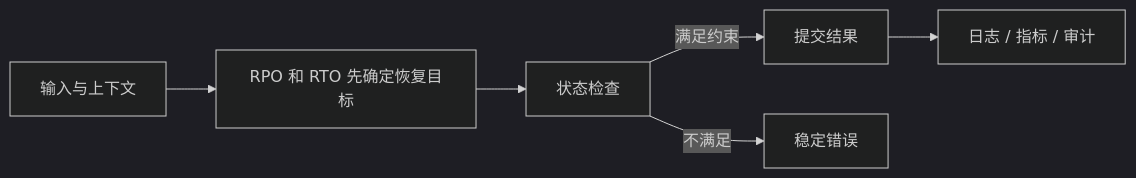
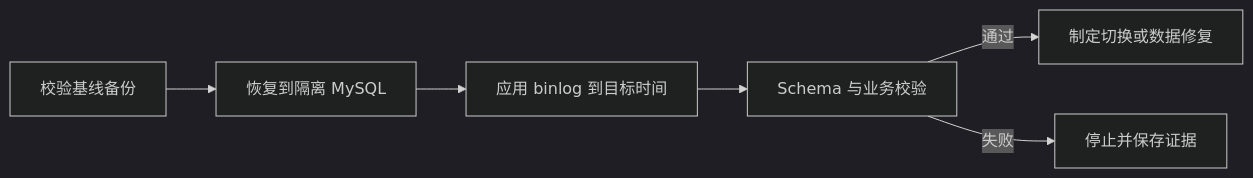
The diagram in docs/backend/mysql-backup-restore-operations.md (upJiang/jiang-blog-vitepress), drawn with Mermaid (dark theme) before and after one commit. The commit also changed other lines of this file and 341 other files, not shown here.

````diff
--- a/docs/backend/mysql-backup-restore-operations.md
+++ b/docs/backend/mysql-backup-restore-operations.md
@@ -34,8 +68,8 @@
 ```mermaid
 flowchart LR
-  A[输入与上下文] --> B[RPO 和 RTO 先确定恢复目标]
-  B --> C[状态检查]
-  C -->|满足约束| D[提交结果]
-  C -->|不满足| E[稳定错误]
-  D --> F[日志 / 指标 / 审计]
+  B[校验基线备份] --> R[恢复到隔离 MySQL]
+  R --> L[应用 binlog 到目标时间]
+  L --> V[Schema 与业务校验]
+  V -->|通过| P[制定切换或数据修复]
+  V -->|失败| S[停止并保存证据]
 ```
````
